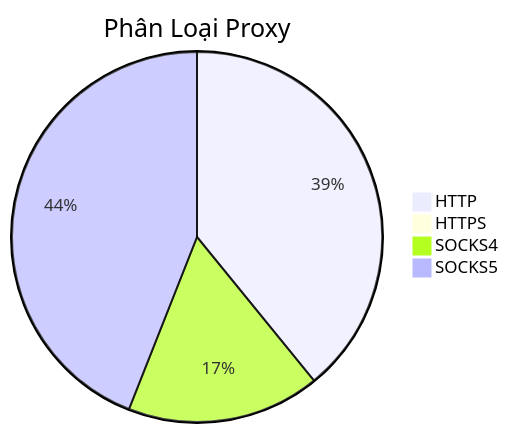
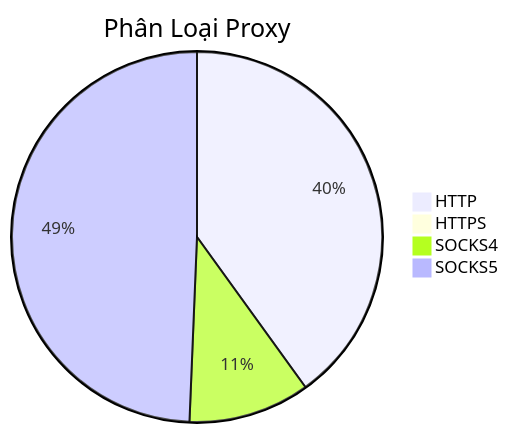
The diagram in README.md (Ciara-12/PROXY-free), drawn with Mermaid before and after one commit. The commit also changed other lines of this file and 4 other files, not shown here.

````diff
--- a/README.md
+++ b/README.md
@@ -26,7 +26,7 @@
 ```mermaid
 pie title Phân Loại Proxy
-    "HTTP" : 712
-    "HTTPS" : 3
-    "SOCKS4" : 307
-    "SOCKS5" : 801
+    "HTTP" : 895
+    "HTTPS" : 1
+    "SOCKS4" : 237
+    "SOCKS5" : 1103
 ```
````
